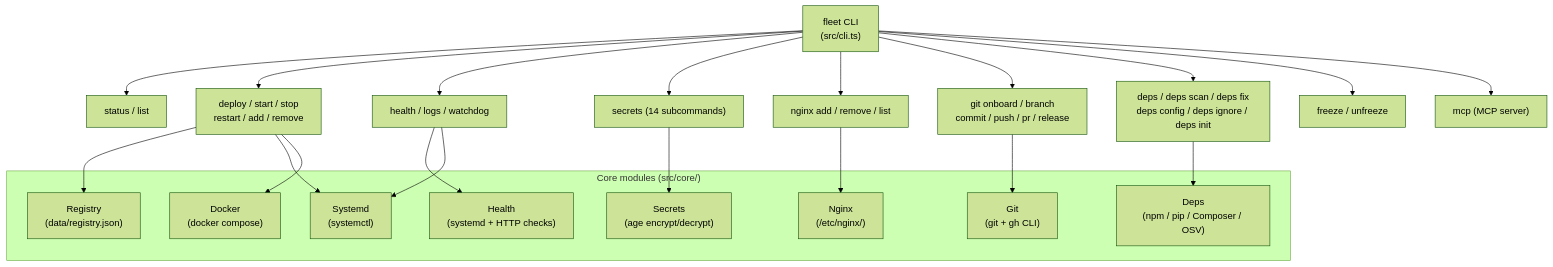
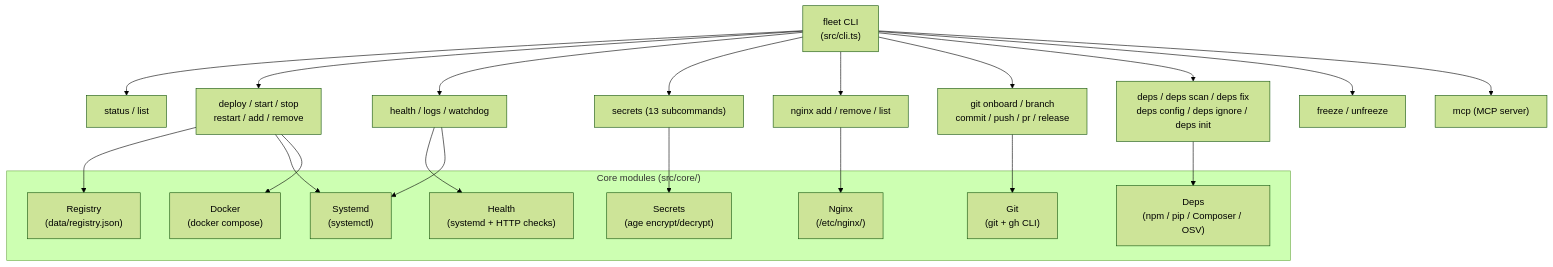
The first of 3 diagrams in docs-site/fleet/src/content/docs/getting-started/architecture.md (wrxck/fleet), drawn with Mermaid (forest theme) before and after one commit. The commit also changed other lines of this file and 7 other files, not shown here.

````diff
--- a/docs-site/fleet/src/content/docs/getting-started/architecture.md
+++ b/docs-site/fleet/src/content/docs/getting-started/architecture.md
@@ -8,35 +8,35 @@
 ```mermaid
 graph TD
     CLI["fleet CLI\n(src/cli.ts)"]
 
     CLI --> status["status / list"]
     CLI --> lifecycle["deploy / start / stop\nrestart / add / remove"]
     CLI --> health["health / logs / watchdog"]
-    CLI --> secrets["secrets (14 subcommands)"]
+    CLI --> secrets["secrets (13 subcommands)"]
     CLI --> nginx["nginx add / remove / list"]
     CLI --> git["git onboard / branch\ncommit / push / pr / release"]
     CLI --> deps["deps / deps scan / deps fix\ndeps config / deps ignore / deps init"]
     CLI --> freeze["freeze / unfreeze"]
     CLI --> mcp["mcp (MCP server)"]
 
     subgraph Core ["Core modules (src/core/)"]
         registry["Registry\n(data/registry.json)"]
         systemd["Systemd\n(systemctl)"]
         docker["Docker\n(docker compose)"]
         nginx_core["Nginx\n(/etc/nginx/)"]
         secrets_core["Secrets\n(age encrypt/decrypt)"]
         health_core["Health\n(systemd + HTTP checks)"]
         deps_core["Deps\n(npm / pip / Composer / OSV)"]
         git_core["Git\n(git + gh CLI)"]
     end
 
     lifecycle --> registry
     lifecycle --> systemd
     lifecycle --> docker
     health --> health_core
     health --> systemd
     nginx --> nginx_core
     secrets --> secrets_core
     deps --> deps_core
     git --> git_core
 ```
````
